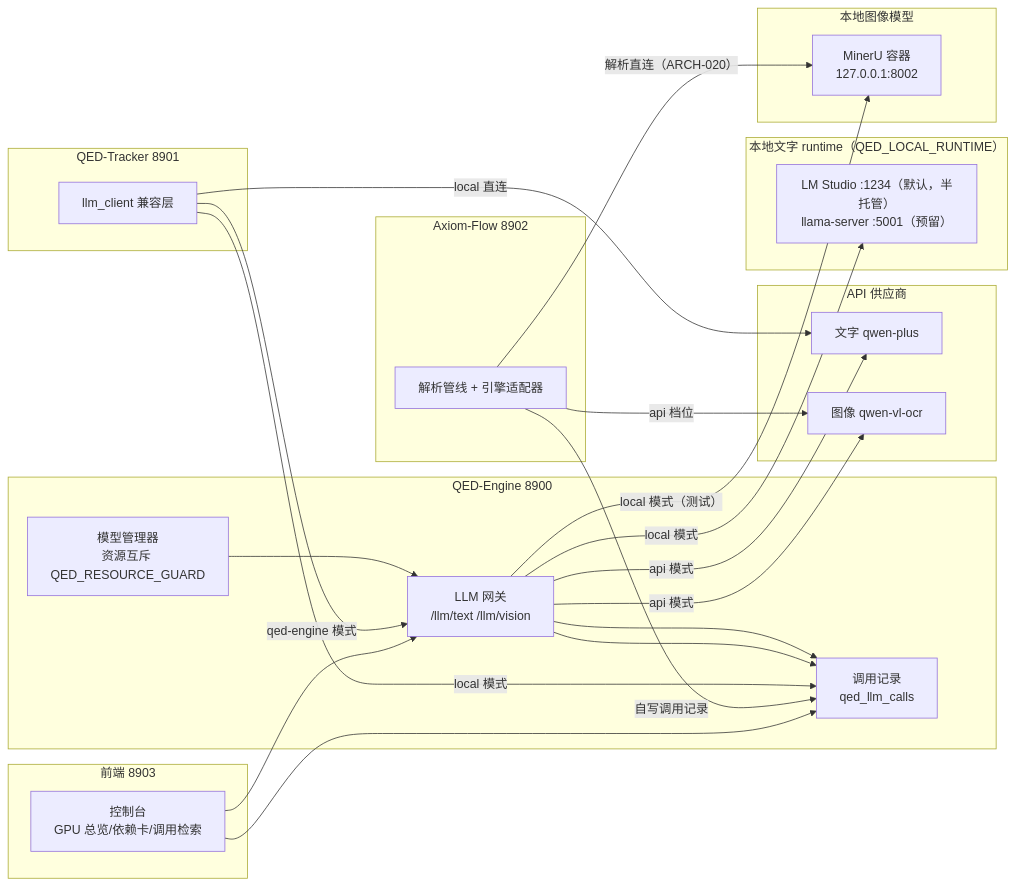
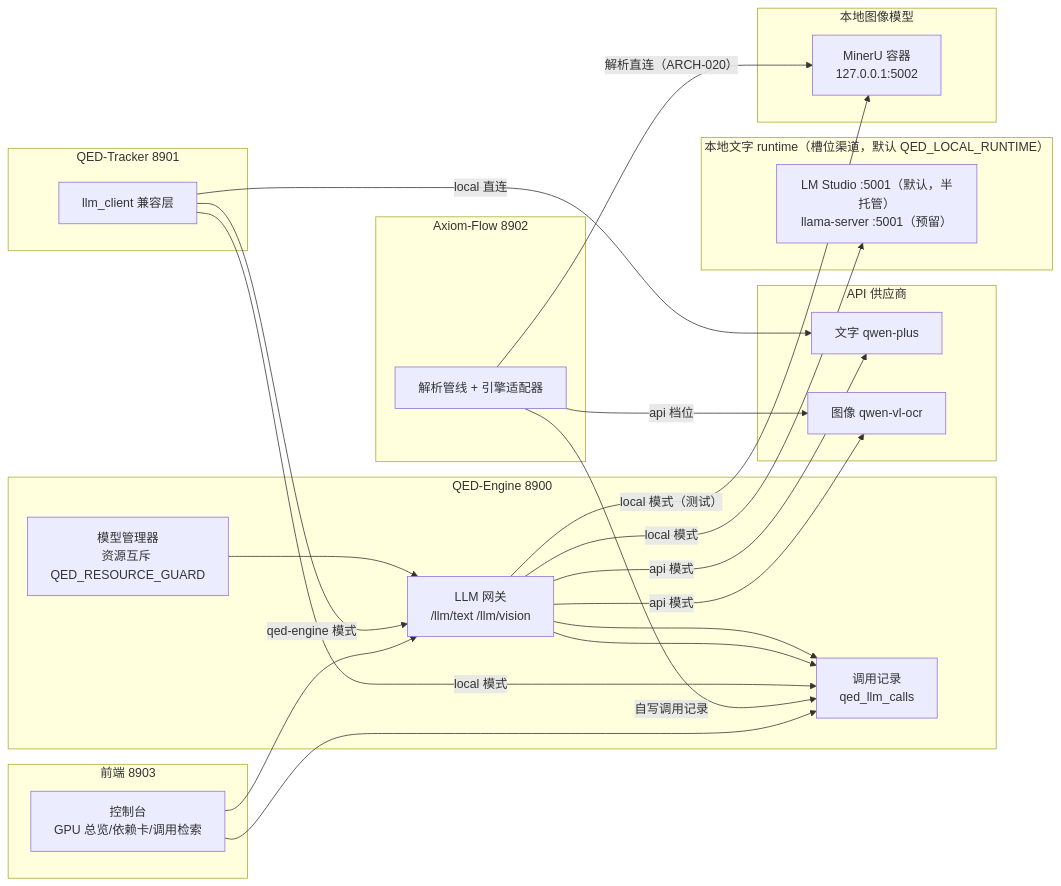
One commit to swfswf1234/QED-Engine changed the diagram in docs/design/llm-gateway.md. Above: the diagram before and after it, drawn with Mermaid. The commit also changed other lines of this file and 58 other files, not shown here.

````diff
--- a/docs/design/llm-gateway.md
+++ b/docs/design/llm-gateway.md
@@ -45,42 +56,42 @@
 ```mermaid
 flowchart LR
     subgraph QEDEngine[QED-Engine 8900]
         GW[LLM 网关<br/>/llm/text /llm/vision]
         MM[模型管理器<br/>资源互斥 QED_RESOURCE_GUARD]
         CL[调用记录<br/>qed_llm_calls]
         MM --> GW
         GW --> CL
     end
-    subgraph LocalText[本地文字 runtime（QED_LOCAL_RUNTIME）]
-        LMS[LM Studio :1234（默认，半托管）<br/>llama-server :5001（预留）]
+    subgraph LocalText[本地文字 runtime（槽位渠道，默认 QED_LOCAL_RUNTIME）]
+        LMS[LM Studio :5001（默认，半托管）<br/>llama-server :5001（预留）]
     end
     subgraph LocalImage[本地图像模型]
-        MRU[MinerU 容器<br/>127.0.0.1:8002]
+        MRU[MinerU 容器<br/>127.0.0.1:5002]
     end
     subgraph API[API 供应商]
         APIT[文字 qwen-plus]
         APII[图像 qwen-vl-ocr]
     end
     subgraph Tracker[QED-Tracker 8901]
         TR[llm_client 兼容层]
     end
     subgraph Axiom[Axiom-Flow 8902]
         AX[解析管线 + 引擎适配器]
     end
     subgraph FE[前端 8903]
         CON[控制台<br/>GPU 总览/依赖卡/调用检索]
     end
     GW -- api 模式 --> APIT
     GW -- api 模式 --> APII
     GW -- local 模式 --> LMS
     GW -- local 模式（测试） --> MRU
     TR -- local 直连 --> APIT
     AX -- 解析直连（ARCH-020） --> MRU
     AX -- api 档位 --> APII
     TR -- qed-engine 模式 --> GW
     GW --> CL
     TR -- local 模式 --> CL
     AX -- 自写调用记录 --> CL
     CON --> GW
     CON --> CL
 ```
````
